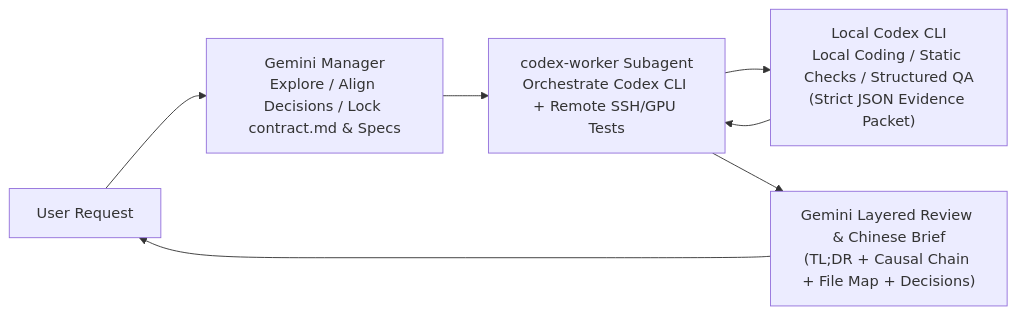
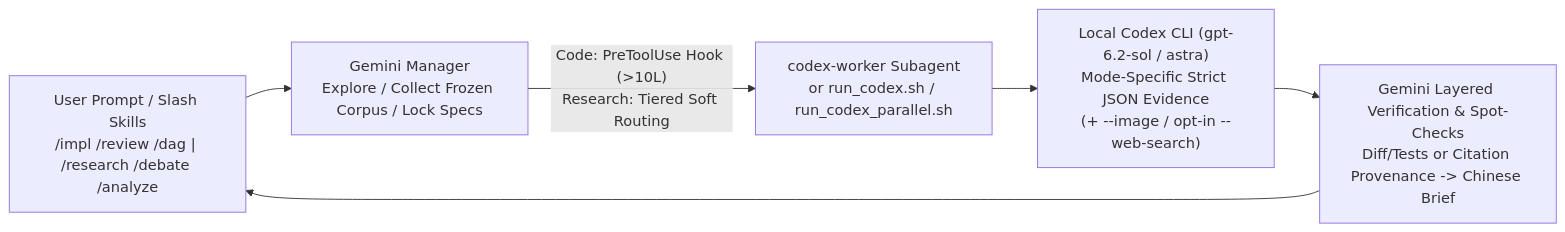
Before and after one commit to yukki555/codex-orchestrator: the diagram in README.md, drawn with Mermaid. The commit also changed other lines of this file and 19 other files, not shown here.

````diff
--- a/README.md
+++ b/README.md
@@ -7,9 +9,8 @@
 ```mermaid
 flowchart LR
-    U["User Request"] --> G["Gemini Manager<br/>Explore / Align Decisions / Lock contract.md & Specs"]
-    G --> W["codex-worker Subagent<br/>Orchestrate Codex CLI + Remote SSH/GPU Tests"]
-    W --> C["Local Codex CLI<br/>Local Coding / Static Checks / Structured QA<br/>(Strict JSON Evidence Packet)"]
-    C --> W
-    W --> G2["Gemini Layered Review & Chinese Brief<br/>(TL;DR + Causal Chain + File Map + Decisions)"]
+    U["User Prompt / Slash Skills\n/impl /review /dag | /research /debate /analyze"] --> G["Gemini Manager\nExplore / Collect Frozen Corpus / Lock Specs"]
+    G -- "Code: PreToolUse Hook (>10L)\nResearch: Tiered Soft Routing" --> W["codex-worker Subagent\nor run_codex.sh / run_codex_parallel.sh"]
+    W --> C["Local Codex CLI (gpt-6.2-sol / astra)\nMode-Specific Strict JSON Evidence\n(+ --image / opt-in --web-search)"]
+    C --> G2["Gemini Layered Verification & Spot-Checks\nDiff/Tests or Citation Provenance -> Chinese Brief"]
     G2 --> U
 ```
````
